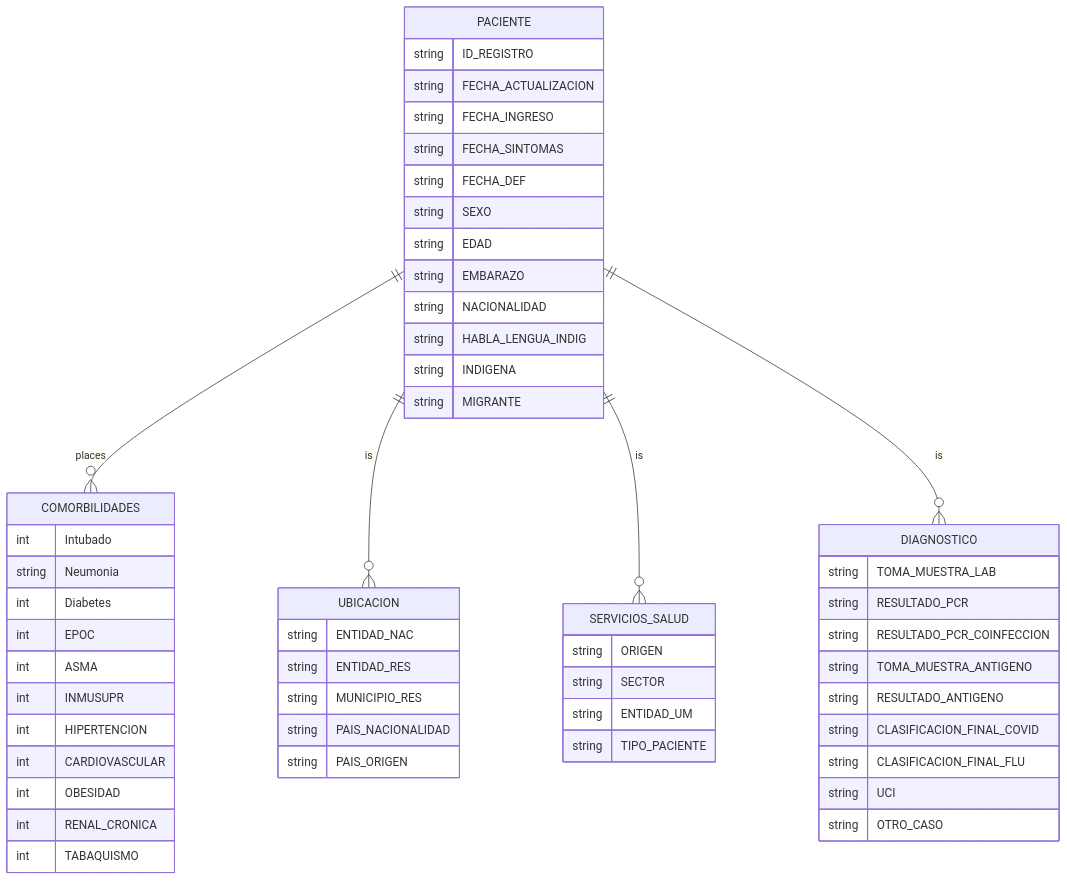
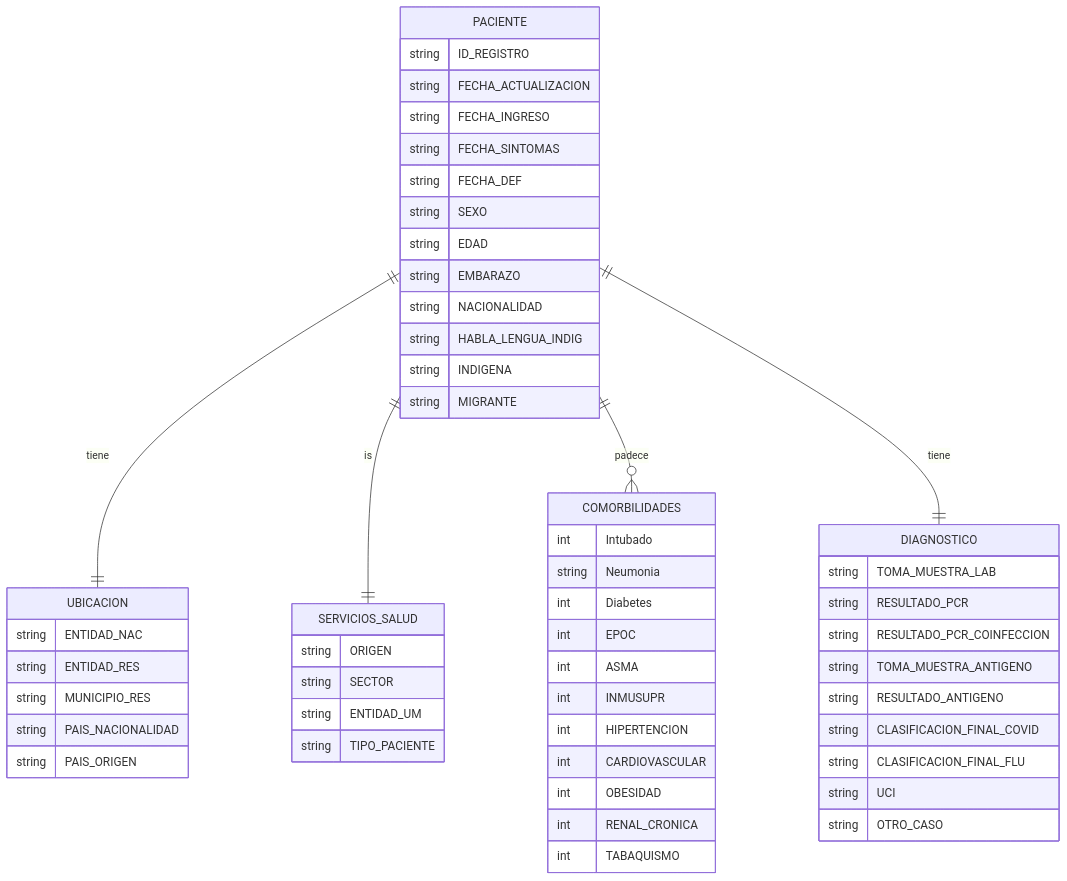
Before and after one commit to Gus-oss/MCD_BDR_2025: the diagram in Tarea2_EntidadRelacion.md, drawn with Mermaid.

Commit message:
E-R intento 6

`````diff
--- a/Tarea2_EntidadRelacion.md
+++ b/Tarea2_EntidadRelacion.md
@@ -10,72 +10,72 @@
 ```mermaid
 erDiagram
-    PACIENTE ||--o{ COMORBILIDADES : places
-    PACIENTE ||--o{ UBICACION : is
-    PACIENTE ||--o{ SERVICIOS_SALUD: is
-    PACIENTE ||--o{ DIAGNOSTICO: is
+    PACIENTE ||-- || UBICACION : tiene
+    PACIENTE ||-- || SERVICIOS_SALUD: is
+    PACIENTE ||--o{ COMORBILIDADES : padece  
+    PACIENTE ||-- || DIAGNOSTICO: tiene
     PACIENTE {
         string ID_REGISTRO
         string FECHA_ACTUALIZACION
         string FECHA_INGRESO 
         string FECHA_SINTOMAS
         string FECHA_DEF
         string SEXO    
         string EDAD
         string EMBARAZO
         string NACIONALIDAD
         string HABLA_LENGUA_INDIG
         string INDIGENA
         string MIGRANTE    
 
     }
 
     UBICACION
     UBICACION {
         string ENTIDAD_NAC
         string ENTIDAD_RES
         string MUNICIPIO_RES
         string PAIS_NACIONALIDAD
         string PAIS_ORIGEN
 
     }
 
     SERVICIOS_SALUD
     SERVICIOS_SALUD {
         string ORIGEN
         string SECTOR
         string ENTIDAD_UM
         string TIPO_PACIENTE
 
 
     }
 
     COMORBILIDADES  
     COMORBILIDADES  {
         int Intubado
         string Neumonia
         int Diabetes
         int EPOC
         int ASMA
         int INMUSUPR
         int HIPERTENCION
         int CARDIOVASCULAR
         int OBESIDAD
         int RENAL_CRONICA
         int TABAQUISMO
     }
 
     DIAGNOSTICO
     DIAGNOSTICO {
         string TOMA_MUESTRA_LAB
         string  RESULTADO_PCR 
         string RESULTADO_PCR_COINFECCION
         string TOMA_MUESTRA_ANTIGENO
         string RESULTADO_ANTIGENO
         string CLASIFICACION_FINAL_COVID
         string CLASIFICACION_FINAL_FLU
         string UCI
         string OTRO_CASO
 
 
     }
 ````
`````
